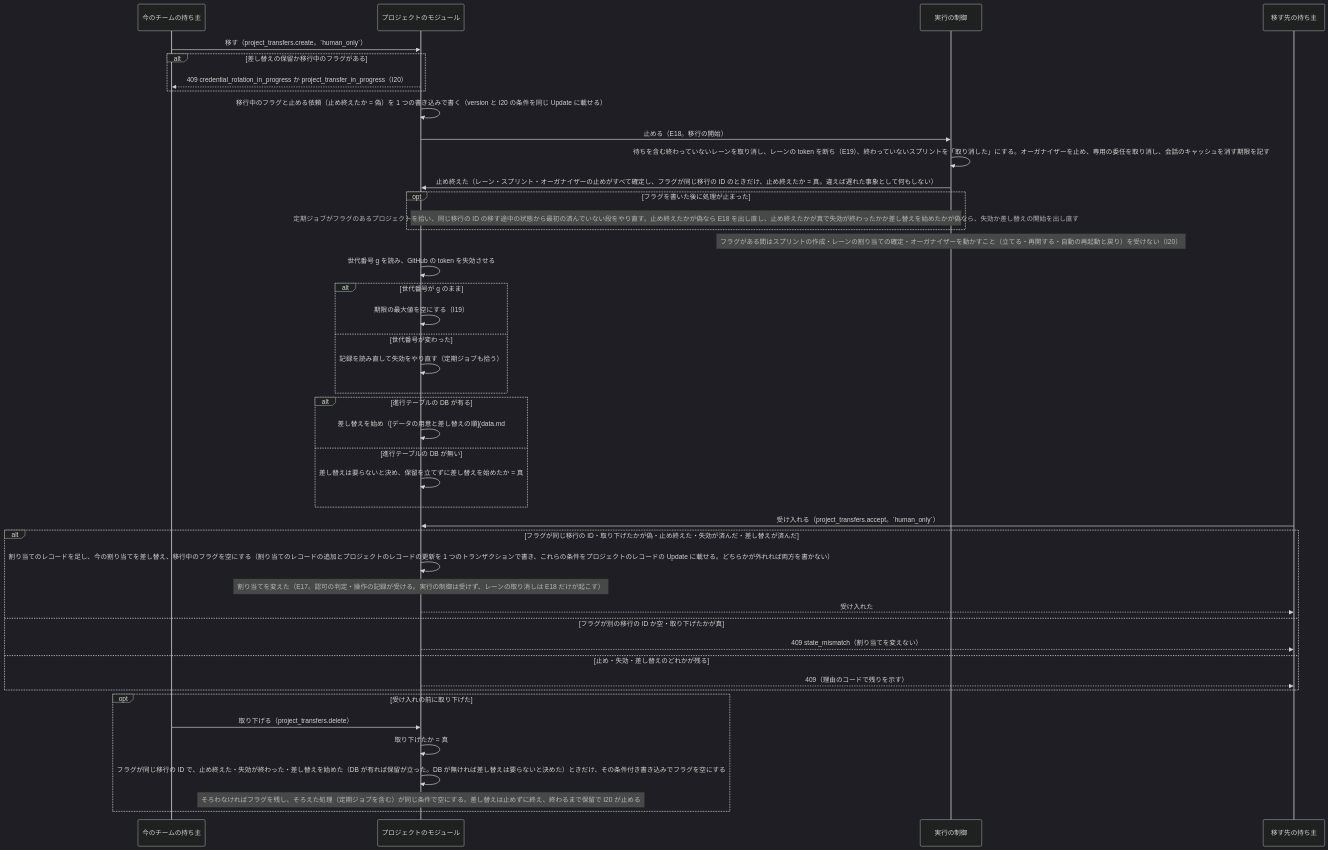
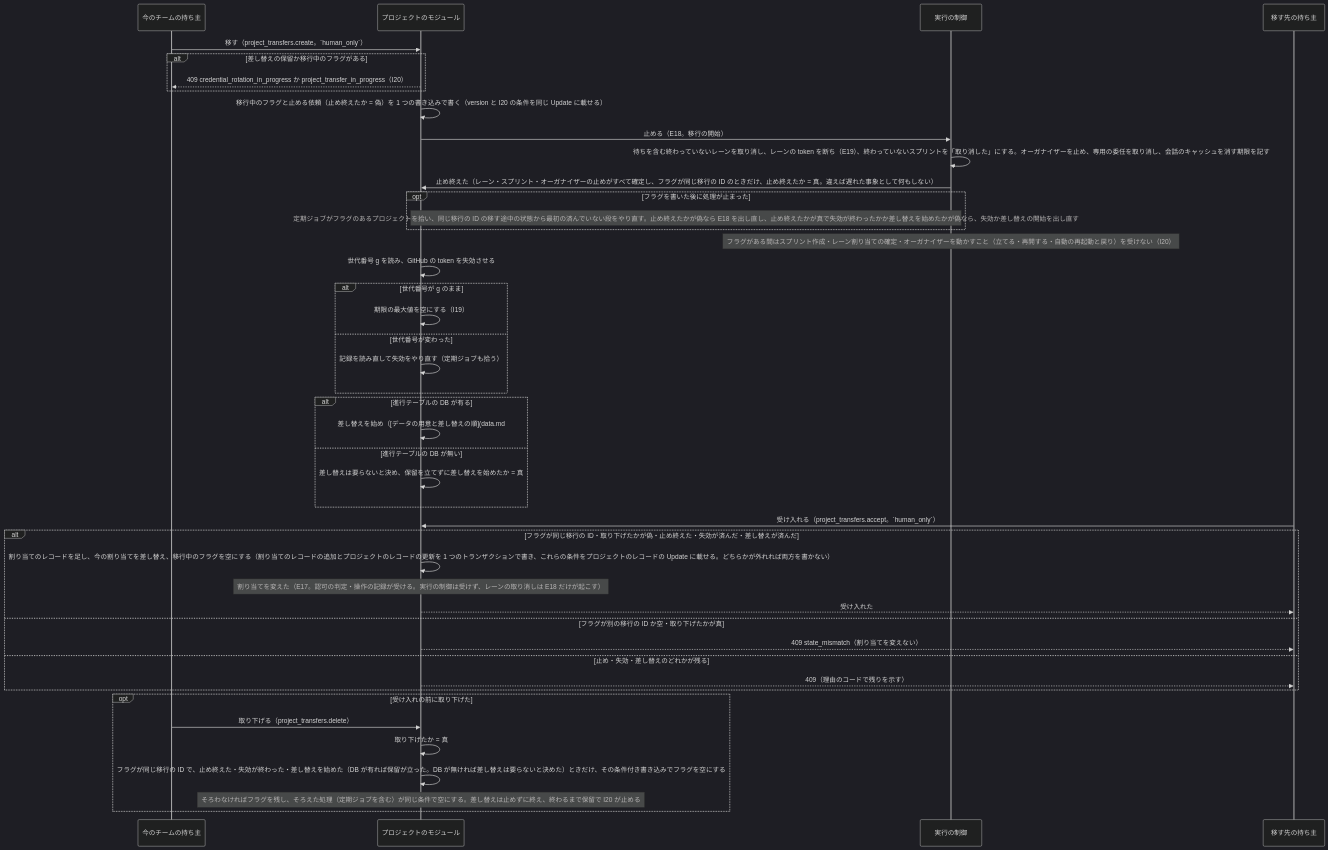
Before and after one commit to devbasex/nd-factory: the diagram in docs/design/overview.md, drawn with Mermaid (dark theme). The commit also changed other lines of this file and 8 other files, not shown here.

````diff
--- a/docs/design/overview.md
+++ b/docs/design/overview.md
@@ -269,46 +269,46 @@
 ```mermaid
 sequenceDiagram
     participant O as 今のチームの持ち主
     participant P as プロジェクトのモジュール
     participant X as 実行の制御
     participant T as 移す先の持ち主
     O->>P: 移す（project_transfers.create。`human_only`）
     alt 差し替えの保留か移行中のフラグがある
         P-->>O: 409 credential_rotation_in_progress か project_transfer_in_progress（I20）
     end
     P->>P: 移行中のフラグと止める依頼（止め終えたか = 偽）を 1 つの書き込みで書く（version と I20 の条件を同じ Update に載せる）
     P->>X: 止める（E18。移行の開始）
     X->>X: 待ちを含む終わっていないレーンを取り消し、レーンの token を断ち（E19）、終わっていないスプリントを「取り消した」にする。オーガナイザーを止め、専用の委任を取り消し、会話のキャッシュを消す期限を記す
     X->>P: 止め終えた（レーン・スプリント・オーガナイザーの止めがすべて確定し、フラグが同じ移行の ID のときだけ、止め終えたか = 真。違えば遅れた事象として何もしない）
     opt フラグを書いた後に処理が止まった
         Note over P,X: 定期ジョブがフラグのあるプロジェクトを拾い、同じ移行の ID の移す途中の状態から最初の済んでいない段をやり直す。止め終えたかが偽なら E18 を出し直し、止め終えたかが真で失効が終わったかか差し替えを始めたかが偽なら、失効か差し替えの開始を出し直す
     end
-    Note over X: フラグがある間はスプリントの作成・レーンの割り当ての確定・オーガナイザーを動かすこと（立てる・再開する・自動の再起動と戻り）を受けない（I20）
+    Note over X: フラグがある間はスプリント作成・レーン割り当ての確定・オーガナイザーを動かすこと（立てる・再開する・自動の再起動と戻り）を受けない（I20）
     P->>P: 世代番号 g を読み、GitHub の token を失効させる
     alt 世代番号が g のまま
         P->>P: 期限の最大値を空にする（I19）
     else 世代番号が変わった
         P->>P: 記録を読み直して失効をやり直す（定期ジョブも拾う）
     end
     alt 進行テーブルの DB が有る
         P->>P: 差し替えを始め（[データの用意と差し替えの順](data.md#用意と差し替えの順)。保留を立てる）、同じ書き込みで差し替えを始めたか = 真
     else 進行テーブルの DB が無い
         P->>P: 差し替えは要らないと決め、保留を立てずに差し替えを始めたか = 真
     end
     T->>P: 受け入れる（project_transfers.accept。`human_only`）
     alt フラグが同じ移行の ID・取り下げたかが偽・止め終えた・失効が済んだ・差し替えが済んだ
         P->>P: 割り当てのレコードを足し、今の割り当てを差し替え、移行中のフラグを空にする（割り当てのレコードの追加とプロジェクトのレコードの更新を 1 つのトランザクションで書き、これらの条件をプロジェクトのレコードの Update に載せる。どちらかが外れれば両方を書かない）
         Note over P: 割り当てを変えた（E17。認可の判定・操作の記録が受ける。実行の制御は受けず、レーンの取り消しは E18 だけが起こす）
         P-->>T: 受け入れた
     else フラグが別の移行の ID か空・取り下げたかが真
         P-->>T: 409 state_mismatch（割り当てを変えない）
     else 止め・失効・差し替えのどれかが残る
         P-->>T: 409（理由のコードで残りを示す）
     end
     opt 受け入れの前に取り下げた
         O->>P: 取り下げる（project_transfers.delete）
         P->>P: 取り下げたか = 真
         P->>P: フラグが同じ移行の ID で、止め終えた・失効が終わった・差し替えを始めた（DB が有れば保留が立った。DB が無ければ差し替えは要らないと決めた）ときだけ、その条件付き書き込みでフラグを空にする
         Note over P: そろわなければフラグを残し、そろえた処理（定期ジョブを含む）が同じ条件で空にする。差し替えは止めずに終え、終わるまで保留で I20 が止める
     end
 ```
````
